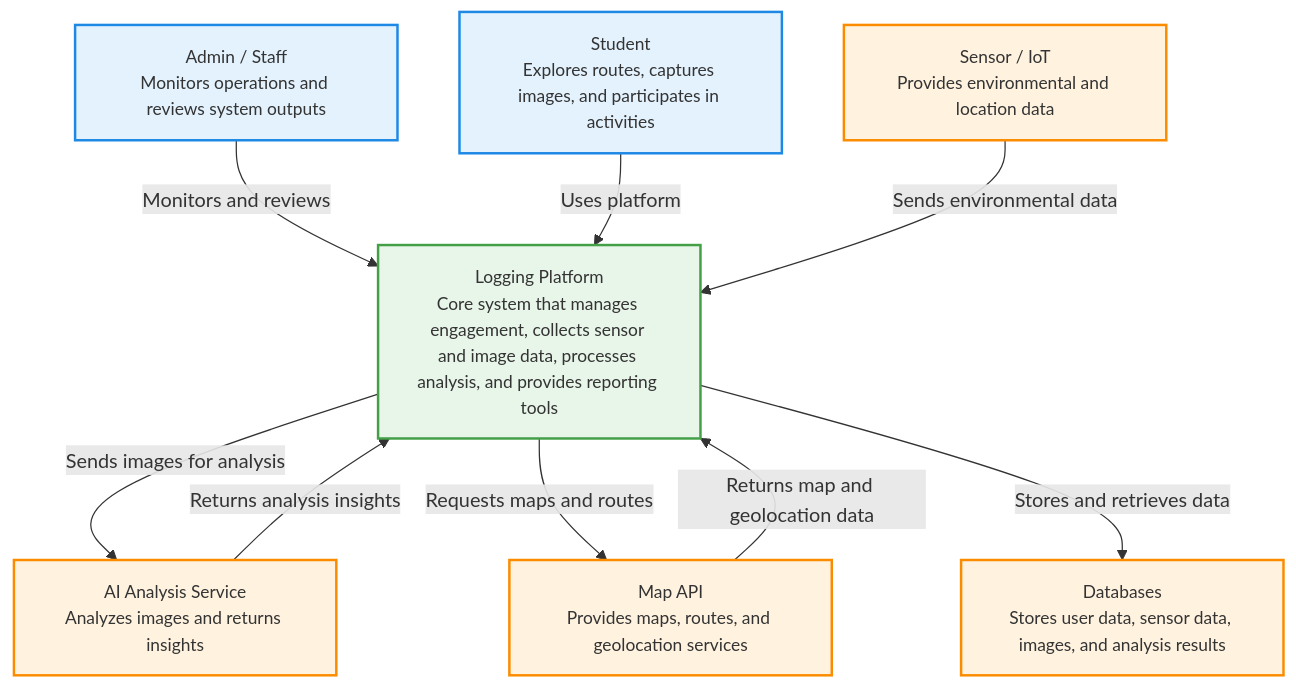
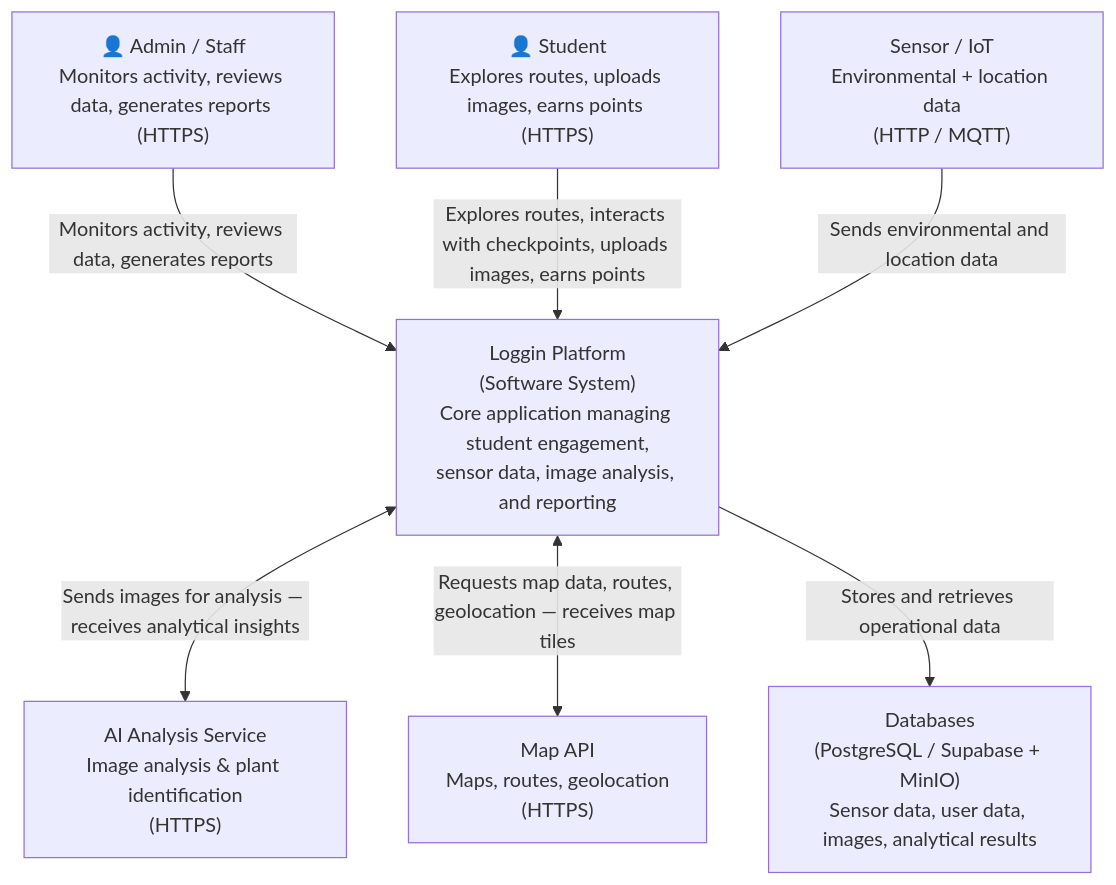
The diagram in docs/diagrams/c4_level1_context.mmd (RubberDuck808/lab4-goalz), drawn with Mermaid before and after one commit. The commit also changed 5 other files, not shown here.

First line of the commit message:
docs(diagrams): convert to flowchart TD style, remove old diagrams

```diff
--- a/docs/diagrams/c4_level1_context.mmd
+++ b/docs/diagrams/c4_level1_context.mmd
@@ -1,24 +1,22 @@
----
-config:
-  layout: fixed
----
-flowchart TB
-    admin["Admin / Staff<br>Monitors operations and reviews system outputs"] -- Monitors and reviews --> logging["Logging Platform<br>Core system that manages engagement, collects sensor and image data, processes analysis, and provides reporting tools"]
-    student["Student<br>Explores routes, captures images, and participates in activities"] -- Uses platform --> logging
-    sensor["Sensor / IoT<br>Provides environmental and location data"] -- Sends environmental data --> logging
-    logging -- Sends images for analysis --> ai["AI Analysis Service<br>Analyzes images and returns insights"]
-    ai -- Returns analysis insights --> logging
-    logging -- Requests maps and routes --> mapapi["Map API<br>Provides maps, routes, and geolocation services"]
-    mapapi -- Returns map and geolocation data --> logging
-    logging -- Stores and retrieves data --> db["Databases<br>Stores user data, sensor data, images, and analysis results"]
+flowchart TD
 
-     admin:::person
-     logging:::system
-     student:::person
-     sensor:::external
-     ai:::external
-     mapapi:::external
-     db:::external
-    classDef person fill:#e3f2fd,stroke:#1e88e5,stroke-width:2px,font-size:14px
-    classDef system fill:#e8f5e9,stroke:#43a047,stroke-width:2px,font-size:14px
-    classDef external fill:#fff3e0,stroke:#fb8c00,stroke-width:2px,font-size:14px
+%% ===================== USERS =====================
+admin["👤 Admin / Staff<br/>Monitors activity, reviews data, generates reports (HTTPS)"]
+student["👤 Student<br/>Explores routes, uploads images, earns points (HTTPS)"]
+
+%% ===================== PLATFORM =====================
+platform["Loggin Platform<br/>(Software System)<br/>Core application managing student engagement,<br/>sensor data, image analysis, and reporting"]
+
+%% ===================== EXTERNAL =====================
+sensor["Sensor / IoT<br/>Environmental + location data<br/>(HTTP / MQTT)"]
+ai["AI Analysis Service<br/>Image analysis & plant identification<br/>(HTTPS)"]
+mapapi["Map API<br/>Maps, routes, geolocation<br/>(HTTPS)"]
+db["Databases<br/>(PostgreSQL / Supabase + MinIO)<br/>Sensor data, user data, images, analytical results"]
+
+%% ===================== RELATIONSHIPS =====================
+admin -->|"Monitors activity, reviews data, generates reports"| platform
+student -->|"Explores routes, interacts with checkpoints, uploads images, earns points"| platform
+sensor -->|"Sends environmental and location data"| platform
+platform <-->|"Sends images for analysis — receives analytical insights"| ai
+platform <-->|"Requests map data, routes, geolocation — receives map tiles"| mapapi
+platform -->|"Stores and retrieves operational data"| db
```
